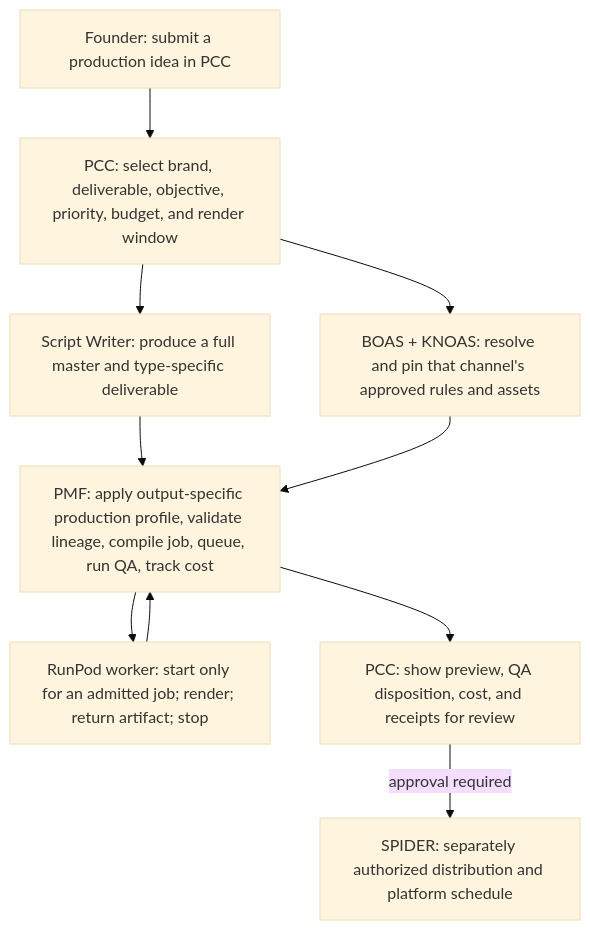
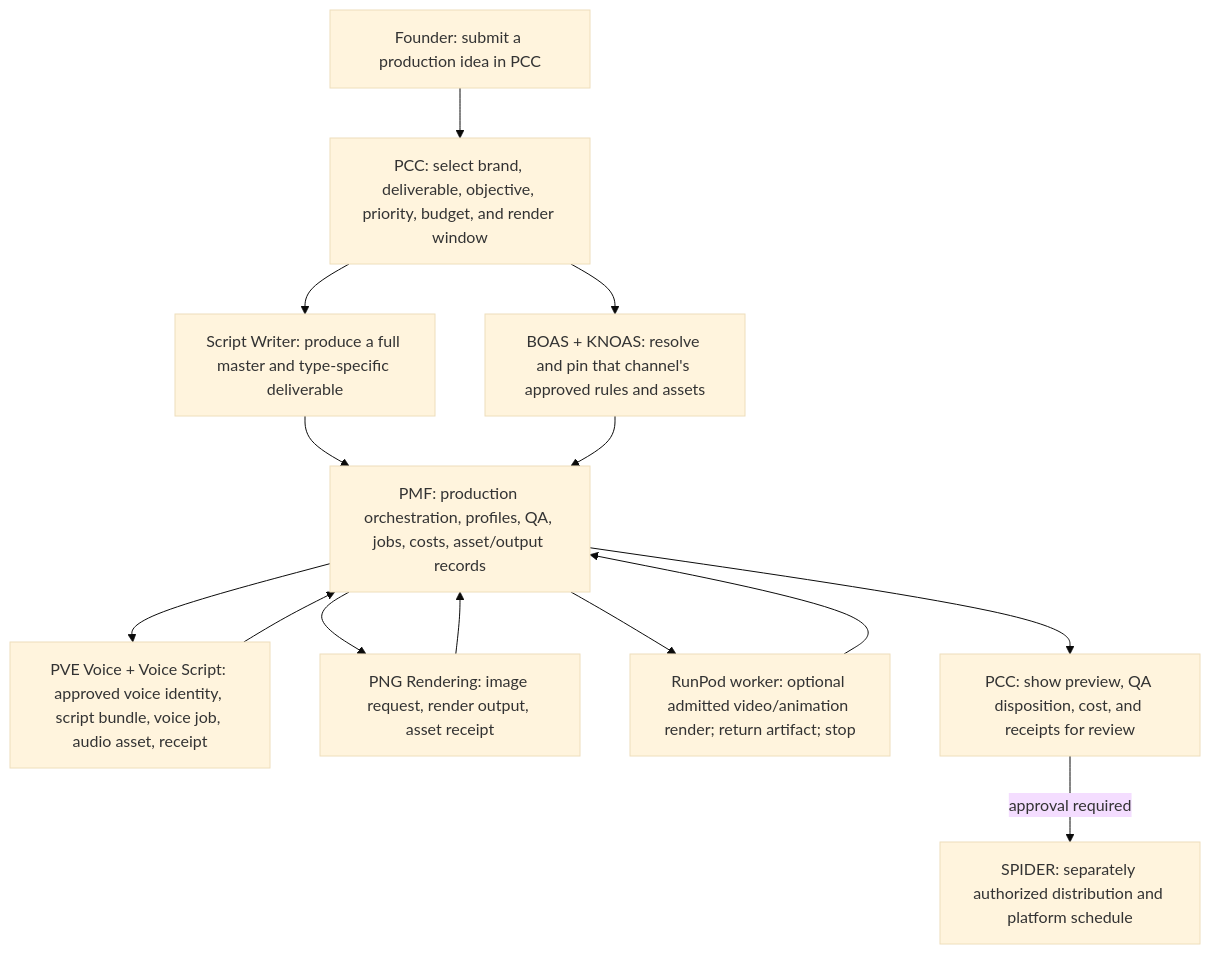
Before and after one commit to risingphnxhq/pcc-command-center: the diagram in docs/animation-engine-pcc-map-v1.md, drawn with Mermaid (base theme). The commit also changed other lines of this file, not shown here.

Commit message:
Map existing PMF voice script and PNG rendering foundations

````diff
--- a/docs/animation-engine-pcc-map-v1.md
+++ b/docs/animation-engine-pcc-map-v1.md
@@ -9,21 +9,27 @@
 ```mermaid
 flowchart TD
   Founder["Founder: submit a production idea in PCC"]
   PCC["PCC: select brand, deliverable, objective, priority, budget, and render window"]
   Writer["Script Writer: produce a full master and type-specific deliverable"]
   Canon["BOAS + KNOAS: resolve and pin that channel's approved rules and assets"]
-  PMF["PMF: apply output-specific production profile, validate lineage, compile job, queue, run QA, track cost"]
-  GPU["RunPod worker: start only for an admitted job; render; return artifact; stop"]
+  PMF["PMF: production orchestration, profiles, QA, jobs, costs, asset/output records"]
+  PVE["PVE Voice + Voice Script: approved voice identity, script bundle, voice job, audio asset, receipt"]
+  PNG["PNG Rendering: image request, render output, asset receipt"]
+  GPU["RunPod worker: optional admitted video/animation render; return artifact; stop"]
   Review["PCC: show preview, QA disposition, cost, and receipts for review"]
   Spider["SPIDER: separately authorized distribution and platform schedule"]
 
   Founder --> PCC
   PCC --> Writer
   PCC --> Canon
   Writer --> PMF
   Canon --> PMF
+  PMF --> PVE
+  PVE --> PMF
+  PMF --> PNG
+  PNG --> PMF
   PMF --> GPU
   GPU --> PMF
   PMF --> Review
   Review -->|"approval required"| Spider
 ```
````
